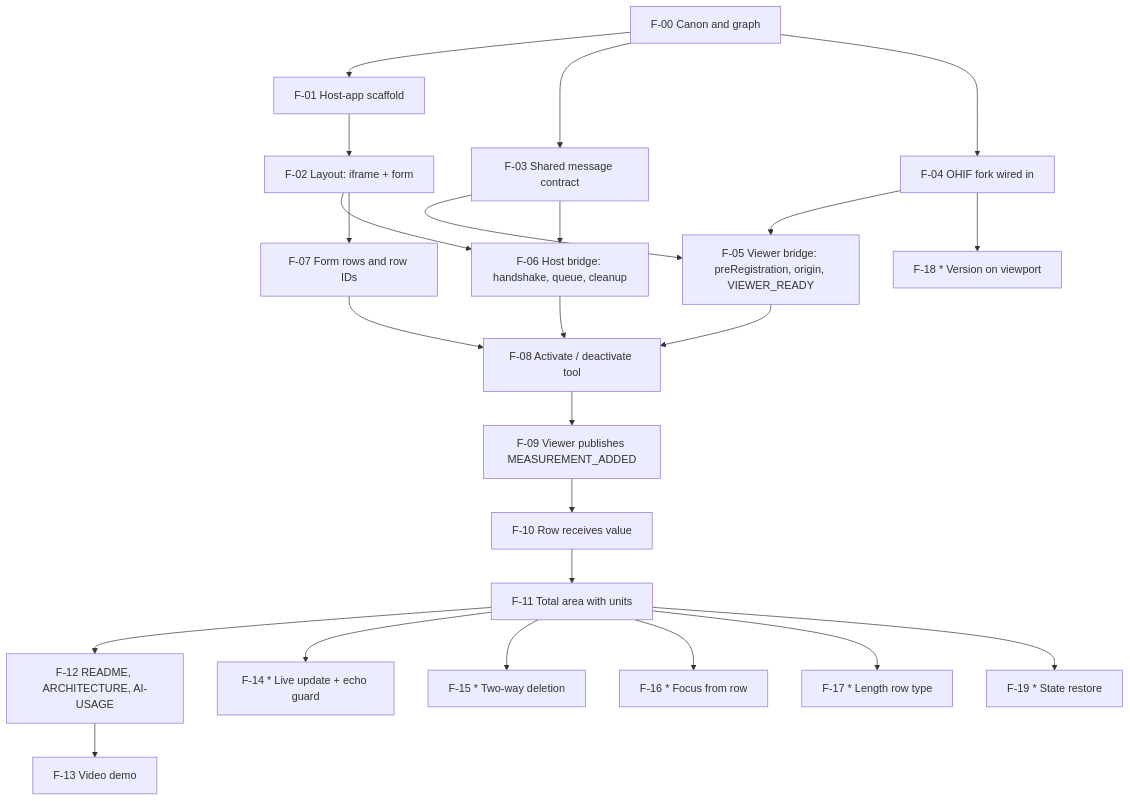
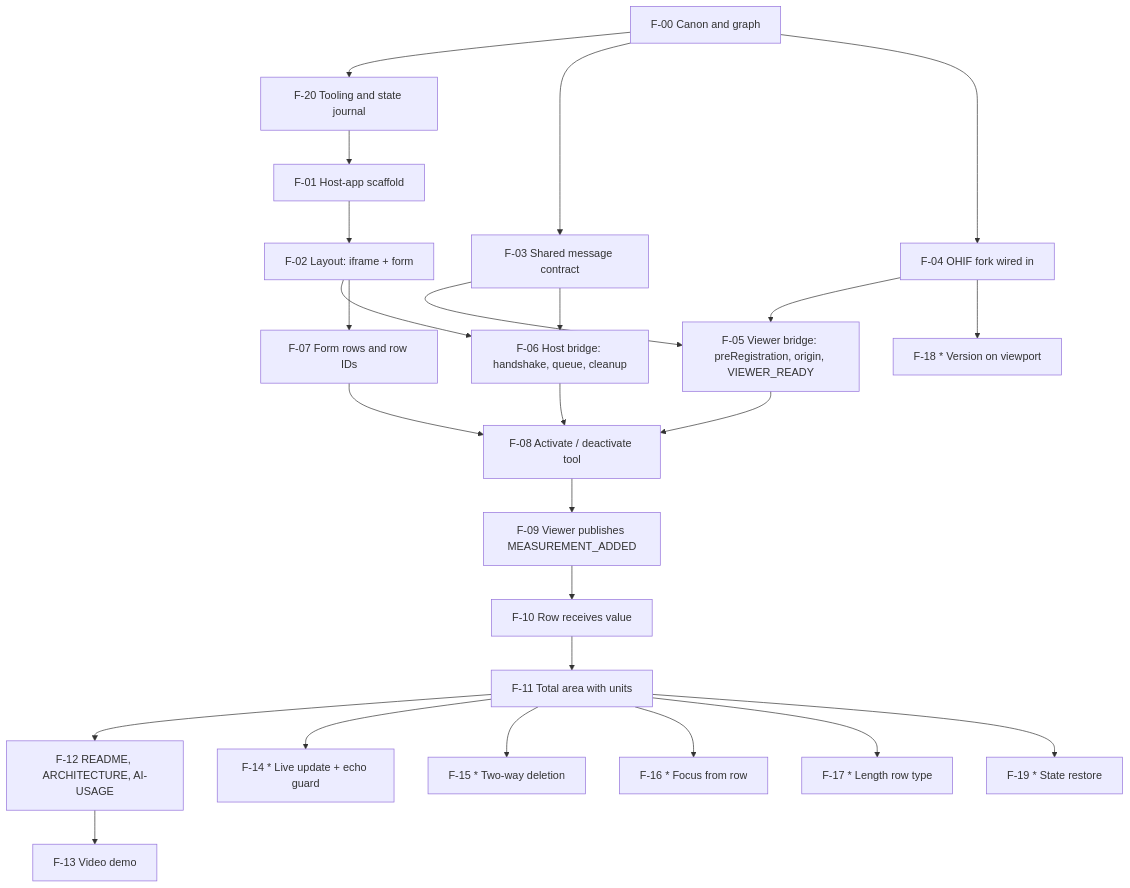
One commit to bdiadiun/artifact-synchronization changed the diagram in docs/FEATURE-GRAPH.md. Above: the diagram before and after it, drawn with Mermaid. The commit also changed other lines of this file and 14 other files, not shown here.

First line of the commit message:
chore: add project tooling and state journal

````diff
--- a/docs/FEATURE-GRAPH.md
+++ b/docs/FEATURE-GRAPH.md
@@ -62,42 +64,43 @@
 ```mermaid
 graph TD
   F00[F-00 Canon and graph]
+  F20[F-20 Tooling and state journal]
   F01[F-01 Host-app scaffold]
   F02[F-02 Layout: iframe + form]
   F03[F-03 Shared message contract]
   F04[F-04 OHIF fork wired in]
   F05[F-05 Viewer bridge: preRegistration, origin, VIEWER_READY]
   F06[F-06 Host bridge: handshake, queue, cleanup]
   F07[F-07 Form rows and row IDs]
   F08[F-08 Activate / deactivate tool]
   F09[F-09 Viewer publishes MEASUREMENT_ADDED]
   F10[F-10 Row receives value]
   F11[F-11 Total area with units]
   F12[F-12 README, ARCHITECTURE, AI-USAGE]
   F13[F-13 Video demo]
   F14[F-14 * Live update + echo guard]
   F15[F-15 * Two-way deletion]
   F16[F-16 * Focus from row]
   F17[F-17 * Length row type]
   F18[F-18 * Version on viewport]
   F19[F-19 * State restore]
 
-  F00 --> F01 --> F02
+  F00 --> F20 --> F01 --> F02
   F00 --> F03
   F00 --> F04
   F03 --> F05
   F04 --> F05
   F02 --> F06
   F03 --> F06
   F02 --> F07
   F05 --> F08
   F06 --> F08
   F07 --> F08
   F08 --> F09 --> F10 --> F11 --> F12 --> F13
   F11 --> F14
   F11 --> F15
   F11 --> F16
   F11 --> F17
   F04 --> F18
   F11 --> F19
 ```
````
